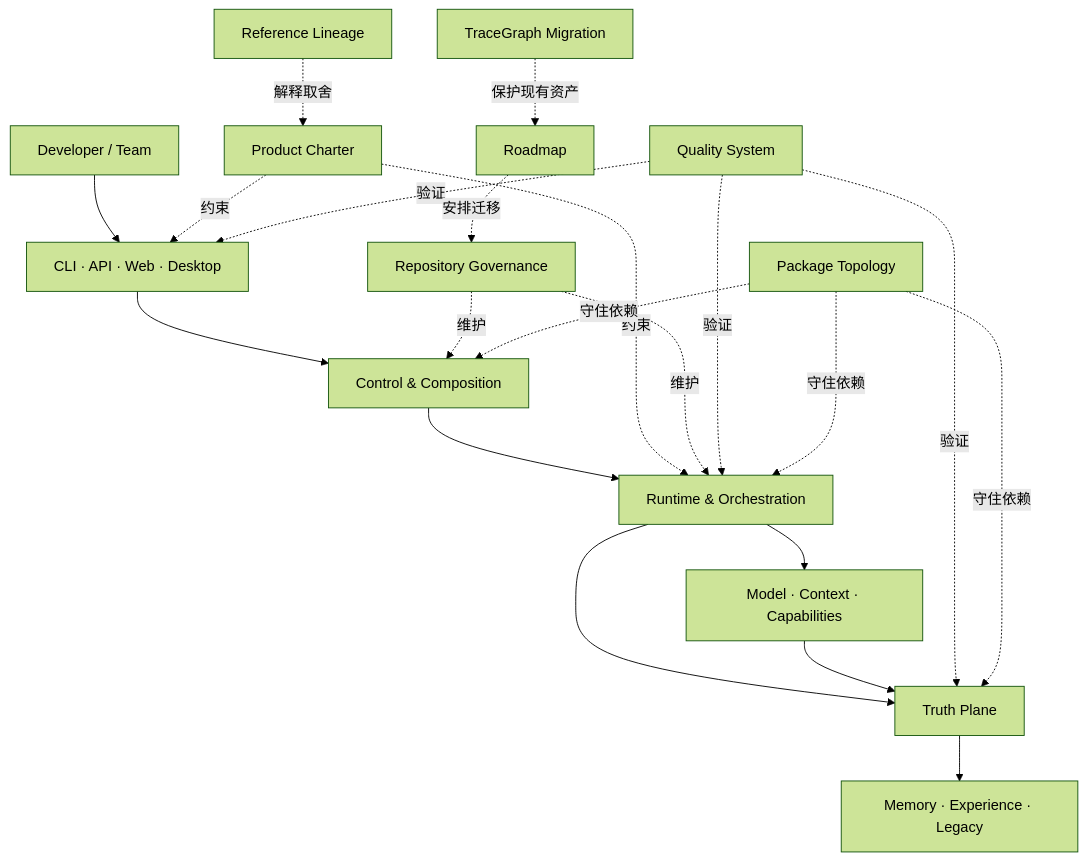
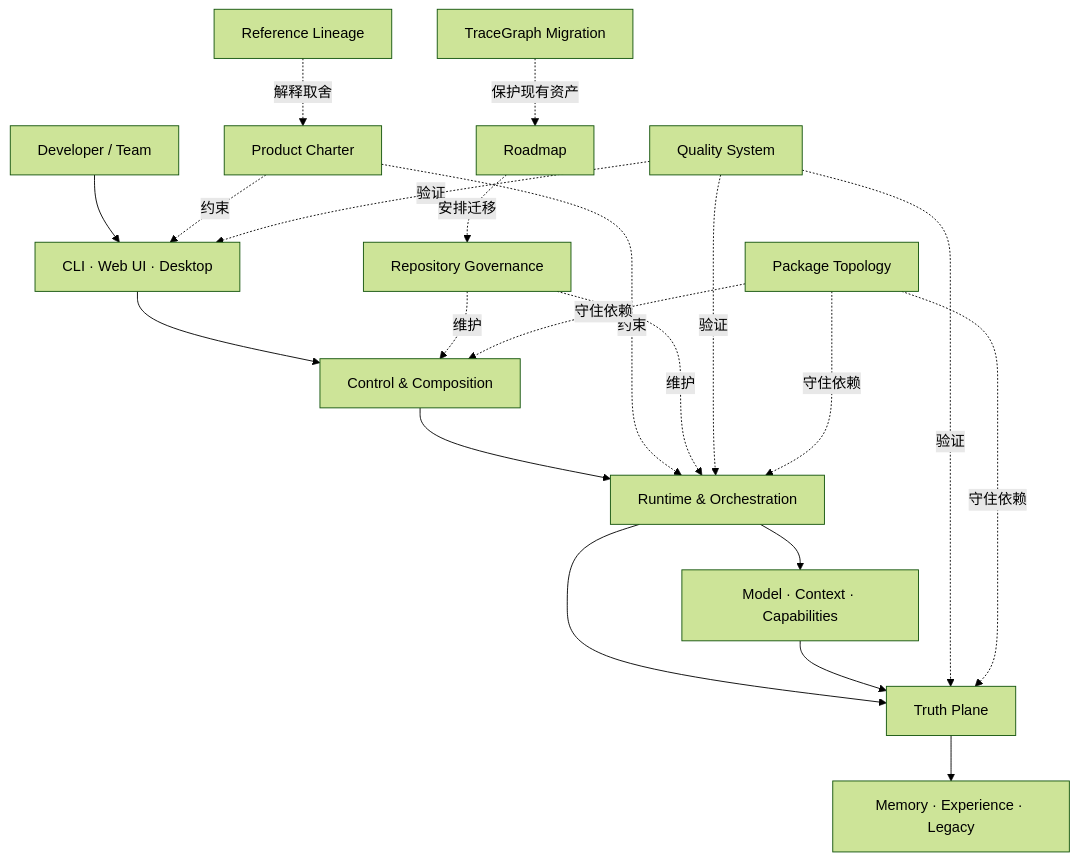
One commit to Cainheart/tracegraph-agent changed the diagram in docs/outlive-agent-v2/README.md. Above: the diagram before and after it, drawn with Mermaid (forest theme). The commit also changed other lines of this file and 46 other files, not shown here.

````diff
--- a/docs/outlive-agent-v2/README.md
+++ b/docs/outlive-agent-v2/README.md
@@ -23,24 +23,24 @@
 ```mermaid
 flowchart TB
-  U[Developer / Team] --> S[CLI · API · Web · Desktop]
+  U[Developer / Team] --> S[CLI · Web UI · Desktop]
   S --> C[Control & Composition]
   C --> R[Runtime & Orchestration]
   R --> MC[Model · Context · Capabilities]
   R --> T[Truth Plane]
   MC --> T
   T --> MX[Memory · Experience · Legacy]
 
   P[Product Charter] -.约束.-> S
   P -.约束.-> R
   G[Repository Governance] -.维护.-> C
   G -.维护.-> R
   Q[Quality System] -.验证.-> S
   Q -.验证.-> R
   Q -.验证.-> T
   PK[Package Topology] -.守住依赖.-> C
   PK -.守住依赖.-> R
   PK -.守住依赖.-> T
   RL[Reference Lineage] -.解释取舍.-> P
   RM[Roadmap] -.安排迁移.-> G
   MG[TraceGraph Migration] -.保护现有资产.-> RM
 ```
````
